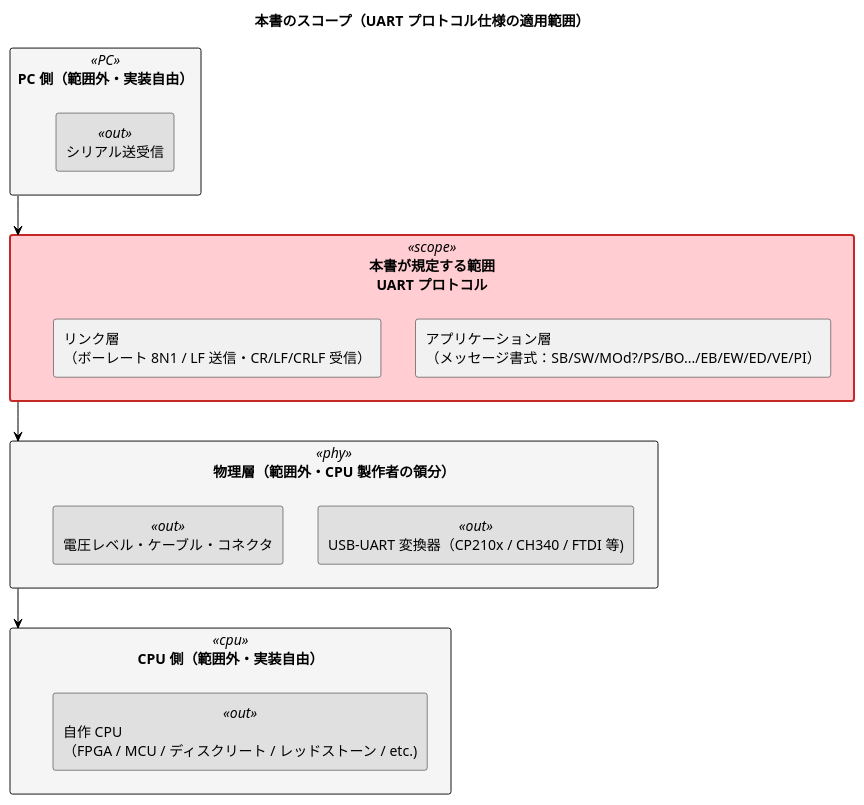
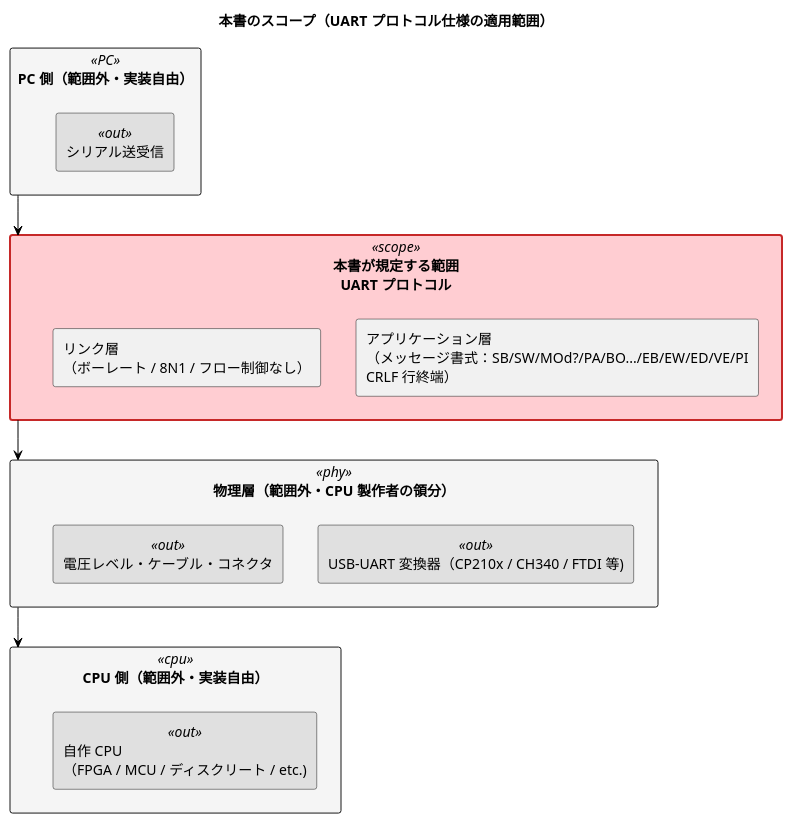
One commit to open-tommie/reversi-uart-protocol changed the diagram in scope.puml. Above: the diagram before and after it, drawn with PlantUML. The commit also changed 2 other files, not shown here.

Commit message:
FIX 図など

```diff
--- a/scope.puml
+++ b/scope.puml
@@ -1,40 +1,40 @@
 @startuml 61-scope
 title 本書のスコープ（UART プロトコル仕様の適用範囲）
 
 skinparam shadowing false
 skinparam rankdir TB
 skinparam ArrowColor black
 
 skinparam rectangle {
     BackgroundColor<<PC>> #F5F5F5
     BackgroundColor<<scope>> #FFCDD2
     BorderColor<<scope>> #C62828
     BorderThickness<<scope>> 2
     BackgroundColor<<phy>> #F5F5F5
     BackgroundColor<<cpu>> #F5F5F5
     BackgroundColor<<out>> #E0E0E0
 }
 
 rectangle "PC 側（範囲外・実装自由）" as server <<PC>> {
   rectangle "シリアル送受信" as srv_ser <<out>>
 }
 
 rectangle "本書が規定する範囲\nUART プロトコル" as scope <<scope>> {
-  rectangle "アプリケーション層\n（メッセージ書式：SB/SW/MOd?/PS/BO.../EB/EW/ED/VE/PI）" as app
-  rectangle "リンク層\n（ボーレート 8N1 / LF 送信・CR/LF/CRLF 受信）" as link
+  rectangle "アプリケーション層\n（メッセージ書式：SB/SW/MOd?/PA/BO.../EB/EW/ED/VE/PI\nCRLF 行終端）" as app
+  rectangle "リンク層\n（ボーレート / 8N1 / フロー制御なし）" as link
 }
 
 rectangle "物理層（範囲外・CPU 製作者の領分）" as phy <<phy>> {
   rectangle "USB-UART 変換器（CP210x / CH340 / FTDI 等)" as usb <<out>>
   rectangle "電圧レベル・ケーブル・コネクタ" as wire <<out>>
 }
 
 rectangle "CPU 側（範囲外・実装自由）" as cpu <<cpu>> {
-  rectangle "自作 CPU\n（FPGA / MCU / ディスクリート / レッドストーン / etc.)" as mycpu <<out>>
+  rectangle "自作 CPU\n（FPGA / MCU / ディスクリート / etc.)" as mycpu <<out>>
 }
 
 server -down-> scope
 scope -down-> phy
 phy -down-> cpu
 
 @enduml
```
